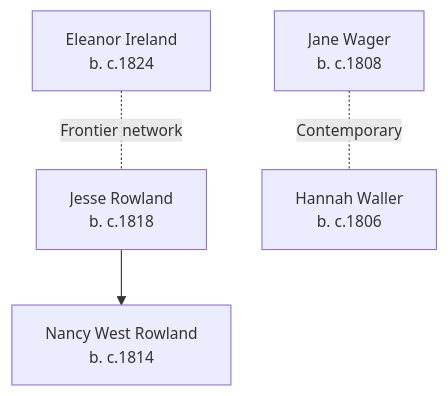
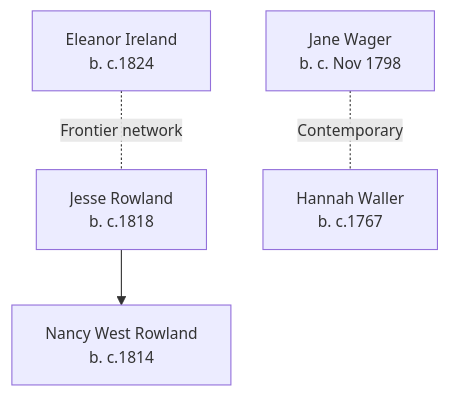
The diagram in Topics/Ireland, Rowland, Willson, Wager, and Waller Families Branch Summary.md (zcopley/thorpe-family-research), drawn with Mermaid before and after one commit. The commit also changed other lines of this file and 18 other files, not shown here.

````diff
--- a/Topics/Ireland, Rowland, Willson, Wager, and Waller Families Branch Summary.md
+++ b/Topics/Ireland, Rowland, Willson, Wager, and Waller Families Branch Summary.md
@@ -30,13 +30,13 @@
 ```mermaid
 %%{init: {'flowchart': {'htmlLabels': true}, 'theme': 'default', 'themeVariables': {'primaryTextColor': '#000000', 'primaryBorderColor': '#333333', 'lineColor': '#333333', 'fontSize': '14px'}}}%%
 graph TD
     EI["Eleanor Ireland<br/>b. c.1824"]
     JR["Jesse Rowland<br/>b. c.1818"]
     NR["Nancy West Rowland<br/>b. c.1814"]
-    JW["Jane Wager<br/>b. c.1808"]
-    HW["Hannah Waller<br/>b. c.1806"]
+    JW["Jane Wager<br/>b. c. Nov 1798"]
+    HW["Hannah Waller<br/>b. c.1767"]
     
     JR --> NR
     EI -.Frontier network.- JR
     JW -.Contemporary.- HW
 ```
````
